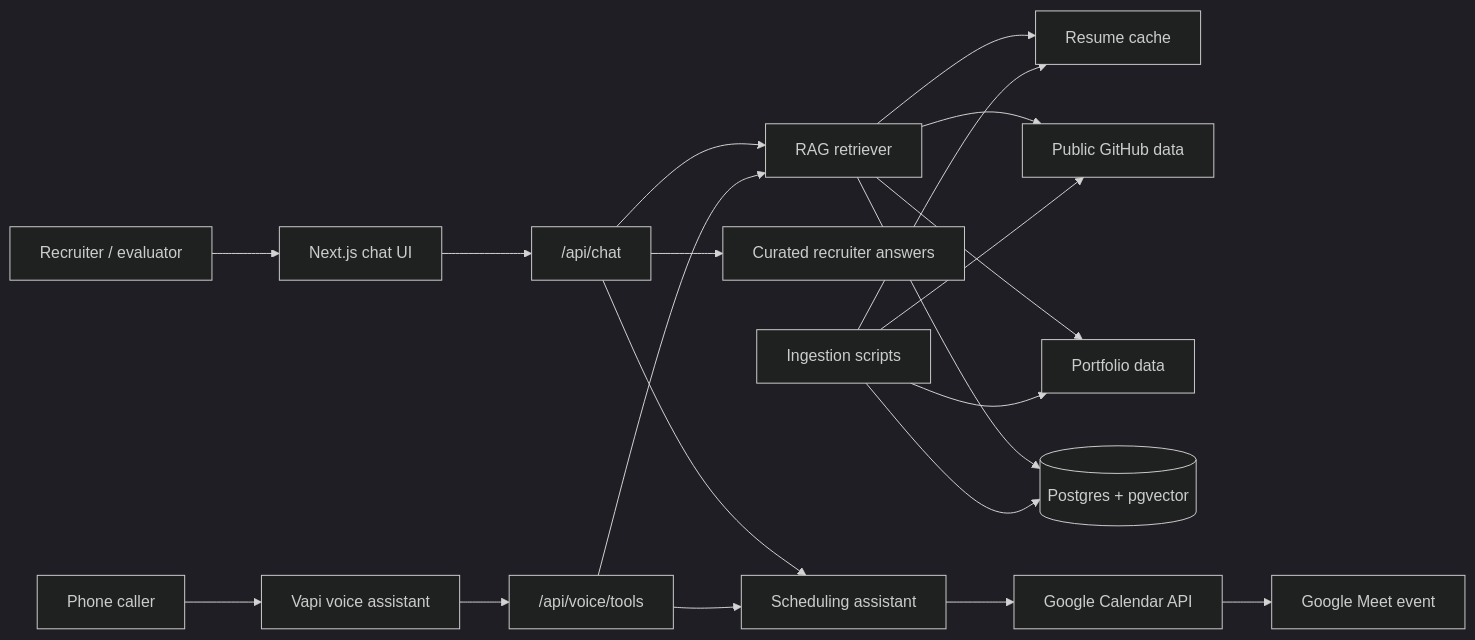
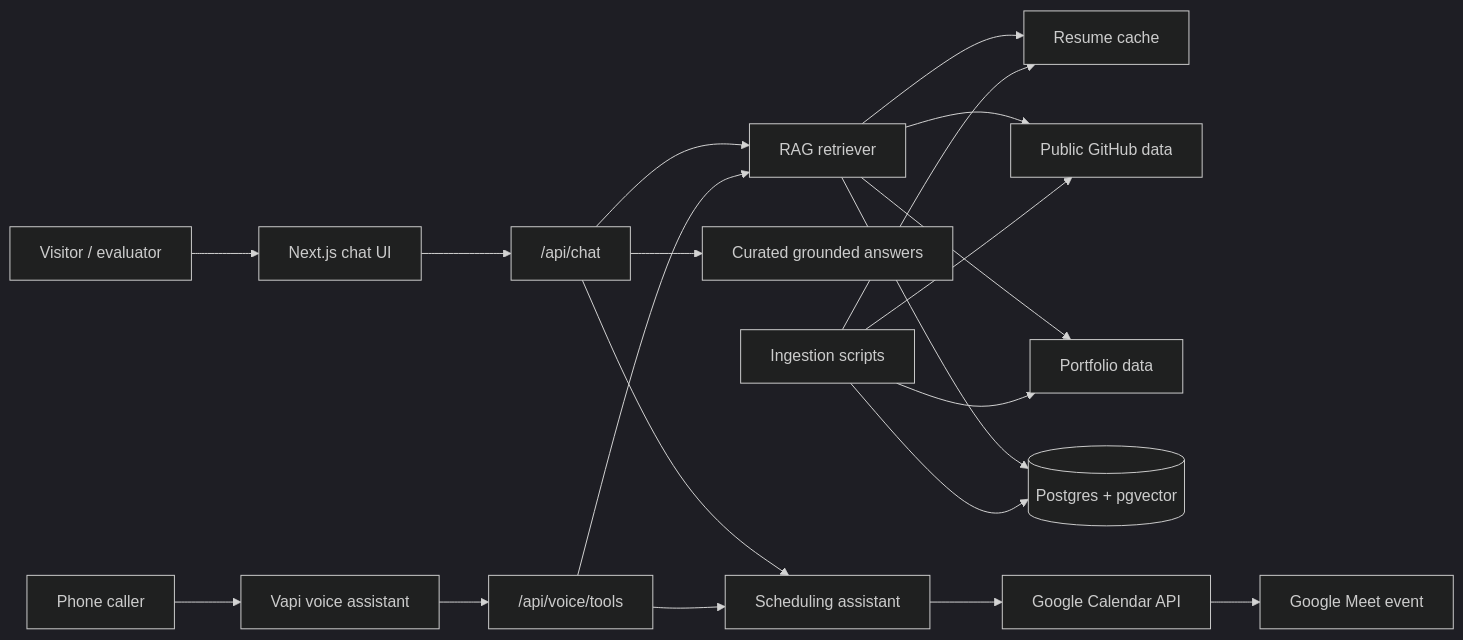
One commit to sankalpshukla7474-creator/ai-persona-voice-rag-platform changed the diagram in README.md. Above: the diagram before and after it, drawn with Mermaid (dark theme). The commit also changed other lines of this file and 14 other files, not shown here.

````diff
--- a/README.md
+++ b/README.md
@@ -31,27 +37,27 @@
 ```mermaid
 flowchart LR
-  Recruiter["Recruiter / evaluator"] --> ChatUI["Next.js chat UI"]
+  Visitor["Visitor / evaluator"] --> ChatUI["Next.js chat UI"]
   Caller["Phone caller"] --> Vapi["Vapi voice assistant"]
 
   ChatUI --> ChatAPI["/api/chat"]
   Vapi --> VoiceTools["/api/voice/tools"]
 
   ChatAPI --> Scheduler["Scheduling assistant"]
   VoiceTools --> Scheduler
-  ChatAPI --> RecruiterAnswers["Curated recruiter answers"]
+  ChatAPI --> GroundedAnswers["Curated grounded answers"]
   ChatAPI --> Retriever["RAG retriever"]
   VoiceTools --> Retriever
 
   Retriever --> Resume["Resume cache"]
   Retriever --> GitHub["Public GitHub data"]
   Retriever --> Portfolio["Portfolio data"]
   Retriever --> Postgres[("Postgres + pgvector")]
 
   Scheduler --> Calendar["Google Calendar API"]
   Calendar --> Meet["Google Meet event"]
 
   Ingestion["Ingestion scripts"] --> Resume
   Ingestion --> GitHub
   Ingestion --> Portfolio
   Ingestion --> Postgres
 ```
````
